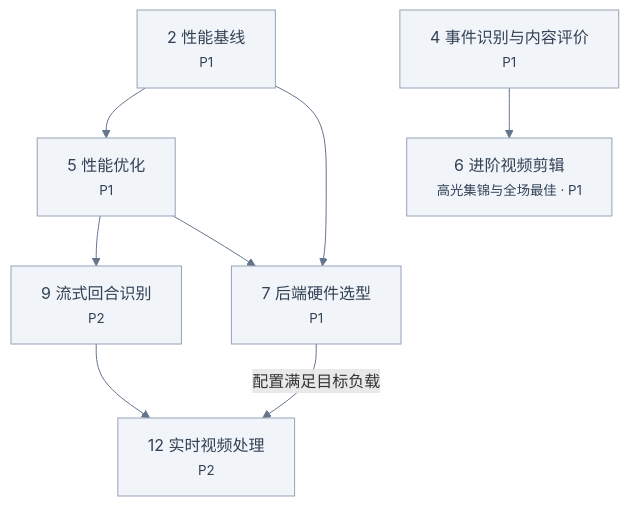
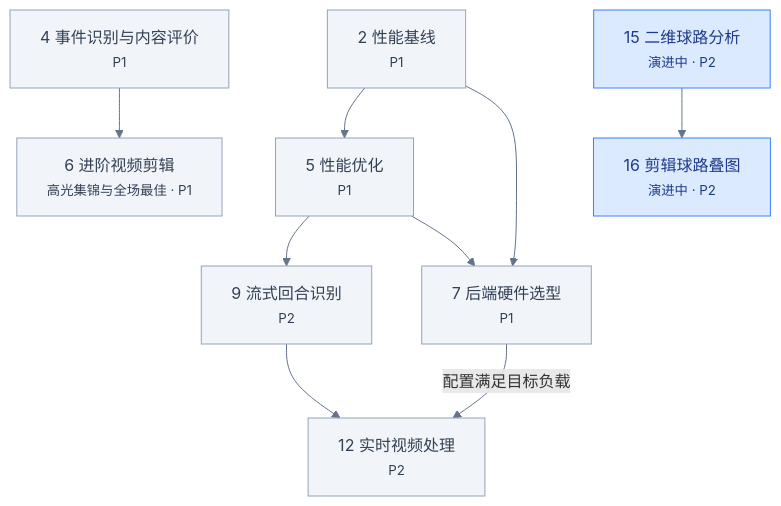
One commit to benb365/smash-suite changed the second of 2 diagrams in docs/plan/roadmap.md. Above: the diagram before and after it, drawn with Mermaid. The commit also changed other lines of this file and 56 other files, not shown here.

````diff
--- a/docs/plan/roadmap.md
+++ b/docs/plan/roadmap.md
@@ -104,20 +106,24 @@
 ```mermaid
 flowchart TD
   baseline["2 性能基线<br/><small>P1</small>"] --> optimize["5 性能优化<br/><small>P1</small>"]
   optimize --> stream["9 流式回合识别<br/><small>P2</small>"]
   stream --> live["12 实时视频处理<br/><small>P2</small>"]
   baseline --> hardware["7 后端硬件选型<br/><small>P1</small>"]
   optimize --> hardware
   hardware -->|配置满足目标负载| live
 
   content["4 事件识别与内容评价<br/><small>P1</small>"] --> highlights["6 进阶视频剪辑<br/><small>高光集锦与全场最佳 · P1</small>"]
 
+  trajectory["15 二维球路分析<br/><small>演进中 · P2</small>"] --> overlays["16 剪辑球路叠图<br/><small>演进中 · P2</small>"]
+  style trajectory fill:#dbeafe,stroke:#3b82f6,color:#1e3a8a
+  style overlays fill:#dbeafe,stroke:#3b82f6,color:#1e3a8a
+
   style baseline fill:#f1f5f9,stroke:#94a3b8,color:#334155
   style optimize fill:#f1f5f9,stroke:#94a3b8,color:#334155
   style stream fill:#f1f5f9,stroke:#94a3b8,color:#334155
   style live fill:#f1f5f9,stroke:#94a3b8,color:#334155
   style hardware fill:#f1f5f9,stroke:#94a3b8,color:#334155
   style content fill:#f1f5f9,stroke:#94a3b8,color:#334155
   style highlights fill:#f1f5f9,stroke:#94a3b8,color:#334155
   linkStyle default stroke:#64748b
 ```
````
